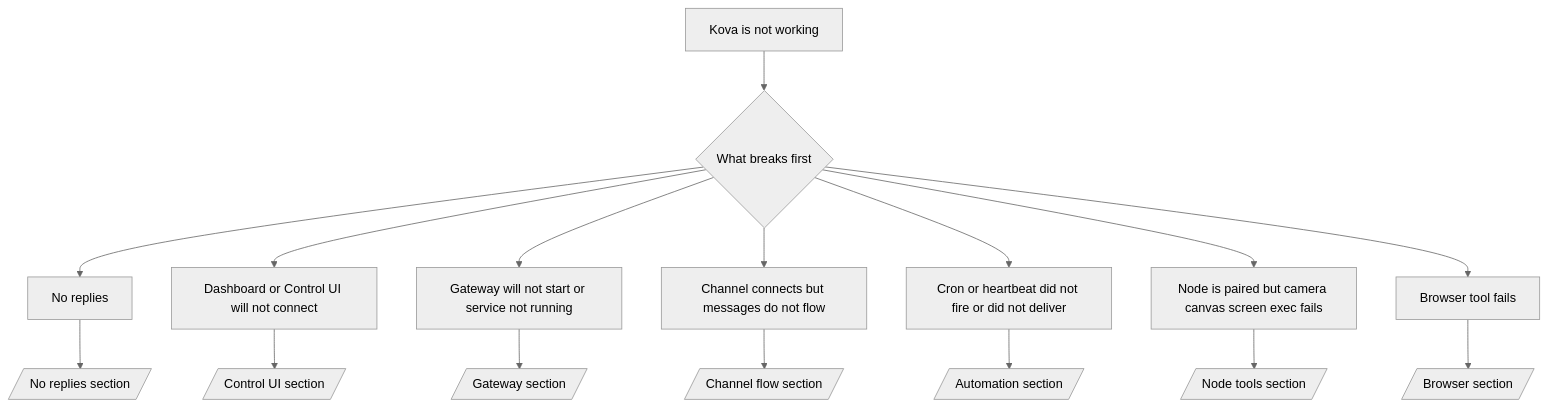
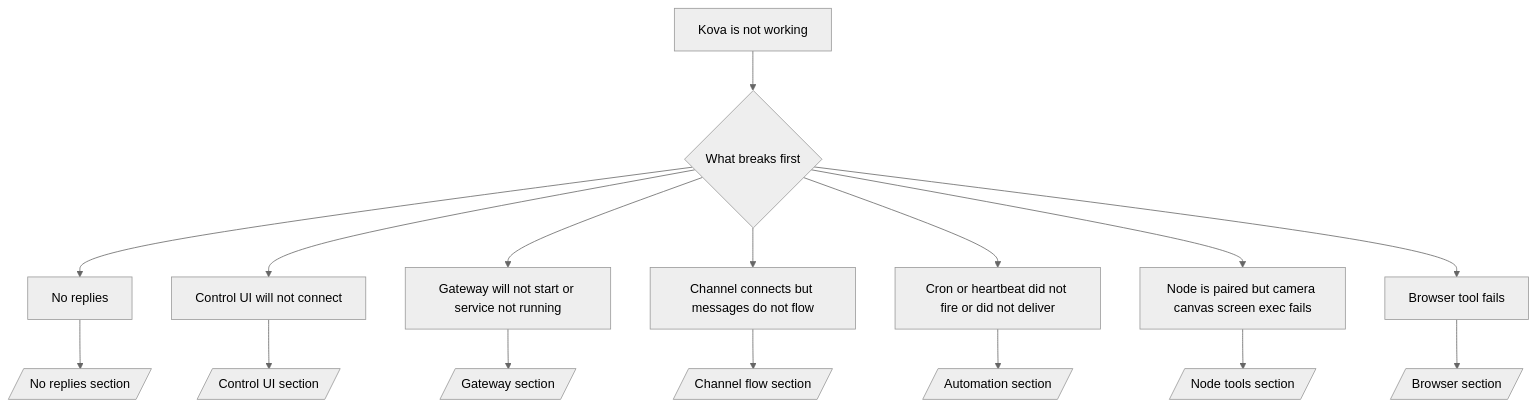
The diagram in docs/help/troubleshooting.md (chiragborse1/KovaLab), drawn with Mermaid (neutral theme) before and after one commit. The commit also changed other lines of this file and 20 other files, not shown here.

Commit message:
docs: rename dashboard docs to control ui

````diff
--- a/docs/help/troubleshooting.md
+++ b/docs/help/troubleshooting.md
@@ -85,19 +85,19 @@
 ```mermaid
 flowchart TD
   A[Kova is not working] --> B{What breaks first}
   B --> C[No replies]
-  B --> D[Dashboard or Control UI will not connect]
+  B --> D[Control UI will not connect]
   B --> E[Gateway will not start or service not running]
   B --> F[Channel connects but messages do not flow]
   B --> G[Cron or heartbeat did not fire or did not deliver]
   B --> H[Node is paired but camera canvas screen exec fails]
   B --> I[Browser tool fails]
 
   C --> C1[/No replies section/]
   D --> D1[/Control UI section/]
   E --> E1[/Gateway section/]
   F --> F1[/Channel flow section/]
   G --> G1[/Automation section/]
   H --> H1[/Node tools section/]
   I --> I1[/Browser section/]
 ```
````
